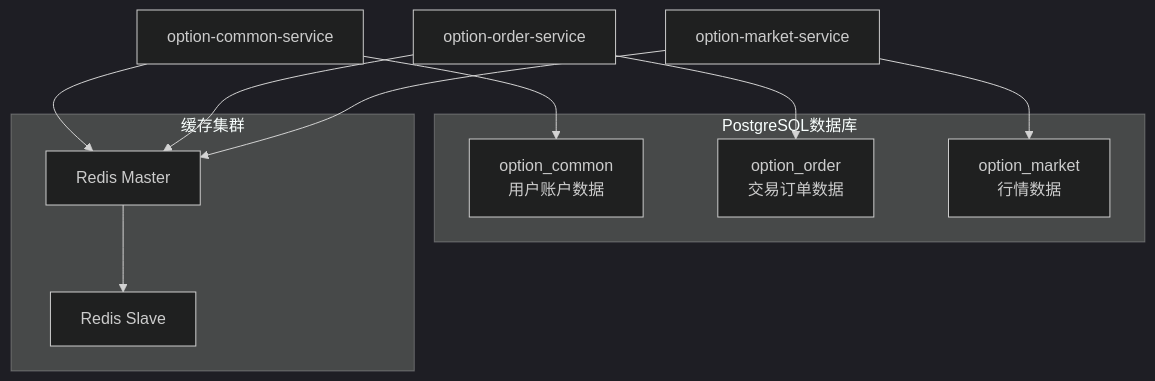
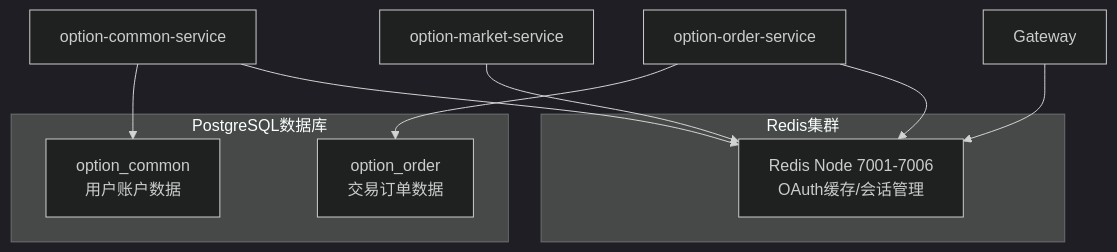
One commit to barry428/BinaryOptionDocs changed the second of 3 diagrams in 2. 设计类/207_02_系统架构设计（PG）.md. Above: the diagram before and after it, drawn with Mermaid (dark theme). The commit also changed other lines of this file and 51 other files, not shown here.

````diff
--- a/2. 设计类/207_02_系统架构设计（PG）.md
+++ b/2. 设计类/207_02_系统架构设计（PG）.md
@@ -257,22 +349,19 @@
 ```mermaid
 graph TB
     subgraph "PostgreSQL数据库"
         DB1[option_common<br/>用户账户数据]
         DB2[option_order<br/>交易订单数据]
-        DB3[option_market<br/>行情数据]
     end
     
-    subgraph "缓存集群"
-        R1[Redis Master]
-        R2[Redis Slave]
+    subgraph "Redis集群"
+        R1[Redis Node 7001-7006<br/>OAuth缓存/会话管理]
     end
     
     CS[option-common-service] --> DB1
     OS[option-order-service] --> DB2
-    MS[option-market-service] --> DB3
     
     CS --> R1
     OS --> R1
-    MS --> R1
-    R1 --> R2
+    MS[option-market-service] --> R1
+    GW[Gateway] --> R1
 ```
````
